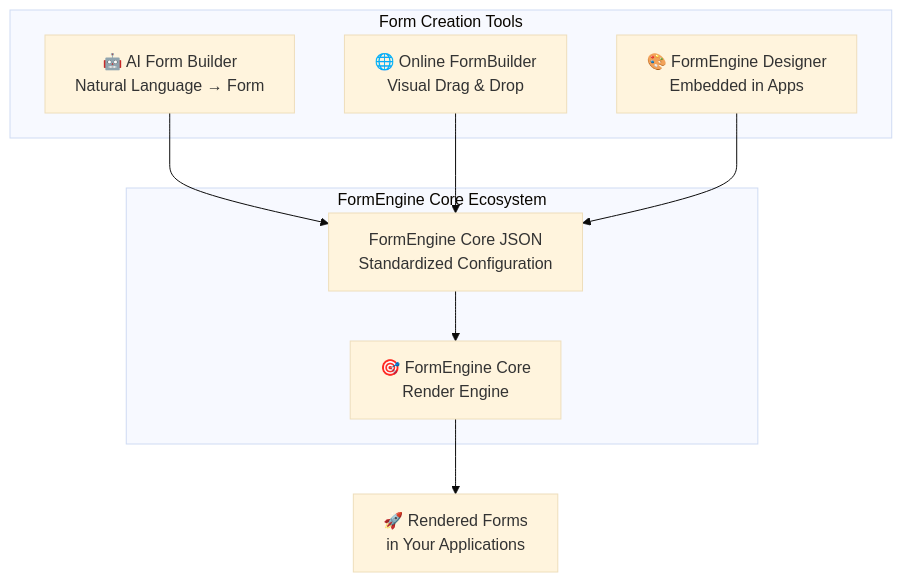
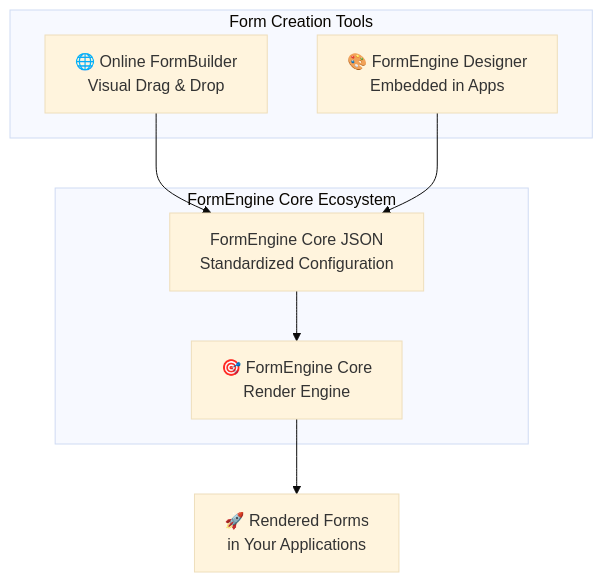
Before and after one commit to OptimaJetLLC/formengine: the diagram in documentation/docs/index.md, drawn with Mermaid (base theme). The commit also changed other lines of this file and 37 other files, not shown here.

````diff
--- a/documentation/docs/index.md
+++ b/documentation/docs/index.md
@@ -91,27 +73,24 @@
 ```mermaid
 flowchart TD
     subgraph "Form Creation Tools"
-        AI["🤖 AI Form Builder<br/>Natural Language → Form"]
         Online["🌐 Online FormBuilder<br/>Visual Drag & Drop"]
         Designer["🎨 FormEngine Designer<br/>Embedded in Apps"]
     end
 
     subgraph "FormEngine Core Ecosystem"
         JSON["FormEngine Core JSON<br/>Standardized Configuration"]
         Core["🎯 FormEngine Core<br/>Render Engine"]
     end
 
-    AI --> JSON
     Online --> JSON
     Designer --> JSON
     JSON --> Core
     
     Core --> Rendered["🚀 Rendered Forms<br/>in Your Applications"]
     
-    class AI mermaid-ai-form-builder;
     class Designer mermaid-form-engine-designer;
     class Online mermaid-online-form-builder;
     class JSON mermaid-form-engine-core-json;
     class Core mermaid-form-engine-core;
     class Rendered mermaid-rendered-forms;
 ```
````
